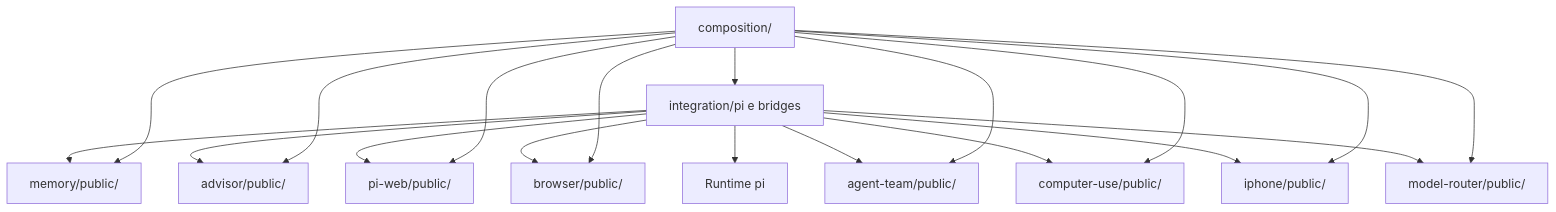
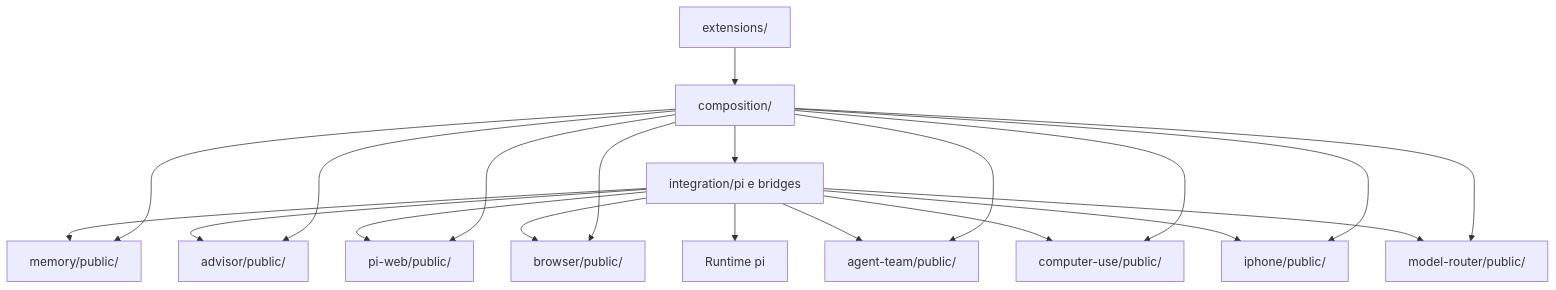
Before and after one commit to DavyMassoneto/synapse: the diagram in docs/architecture.md, drawn with Mermaid. The commit also changed other lines of this file, not shown here.

````diff
--- a/docs/architecture.md
+++ b/docs/architecture.md
@@ -63,21 +63,22 @@
 ```mermaid
 flowchart TD
+    entradas["extensions/"] --> composicao
     composicao["composition/"] --> integracao["integration/pi e bridges"]
     composicao --> memoria["memory/public/"]
     composicao --> web["pi-web/public/"]
     composicao --> advisor["advisor/public/"]
     composicao --> navegador["browser/public/"]
     composicao --> equipe["agent-team/public/"]
     composicao --> computador["computer-use/public/"]
     composicao --> iphone["iphone/public/"]
     composicao --> roteador["model-router/public/"]
     integracao --> advisor
     integracao --> memoria
     integracao --> web
     integracao --> navegador
     integracao --> equipe
     integracao --> computador
     integracao --> iphone
     integracao --> roteador
     integracao --> pi["Runtime pi"]
 ```
````
